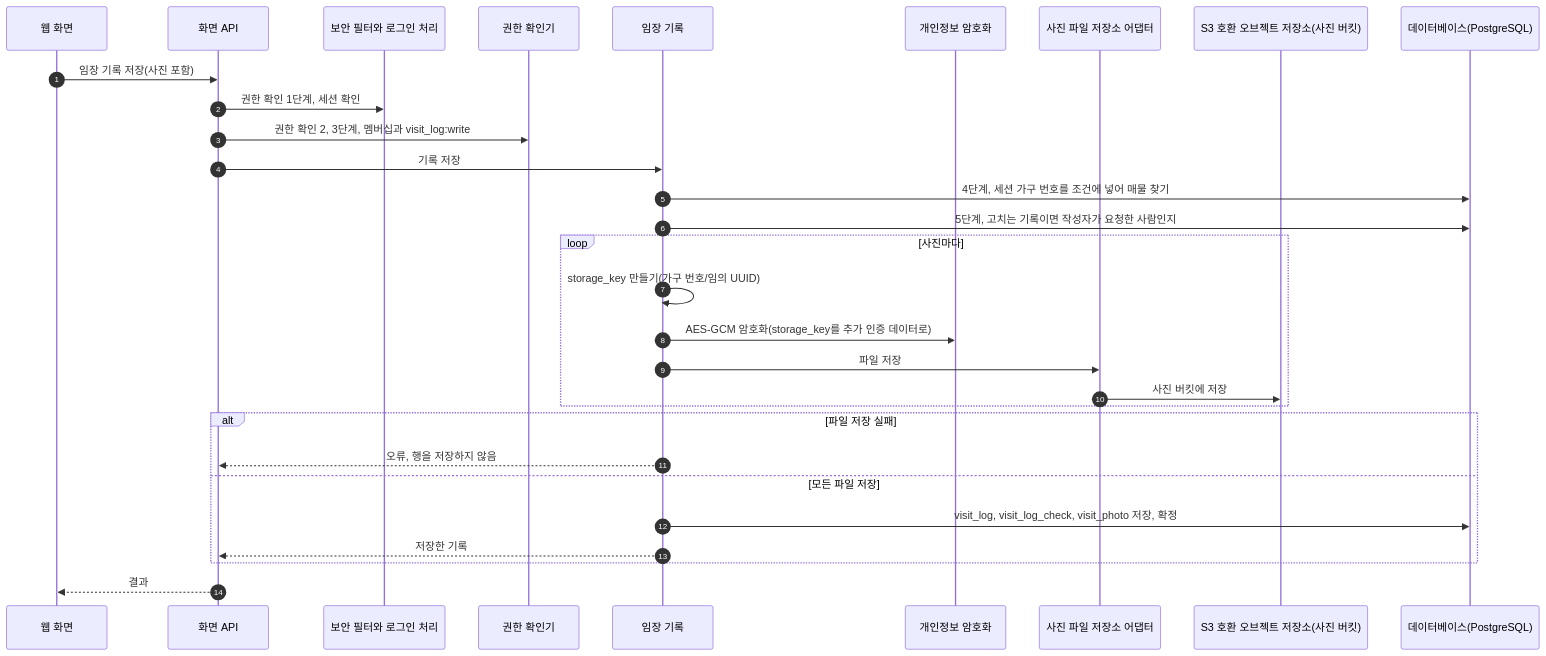
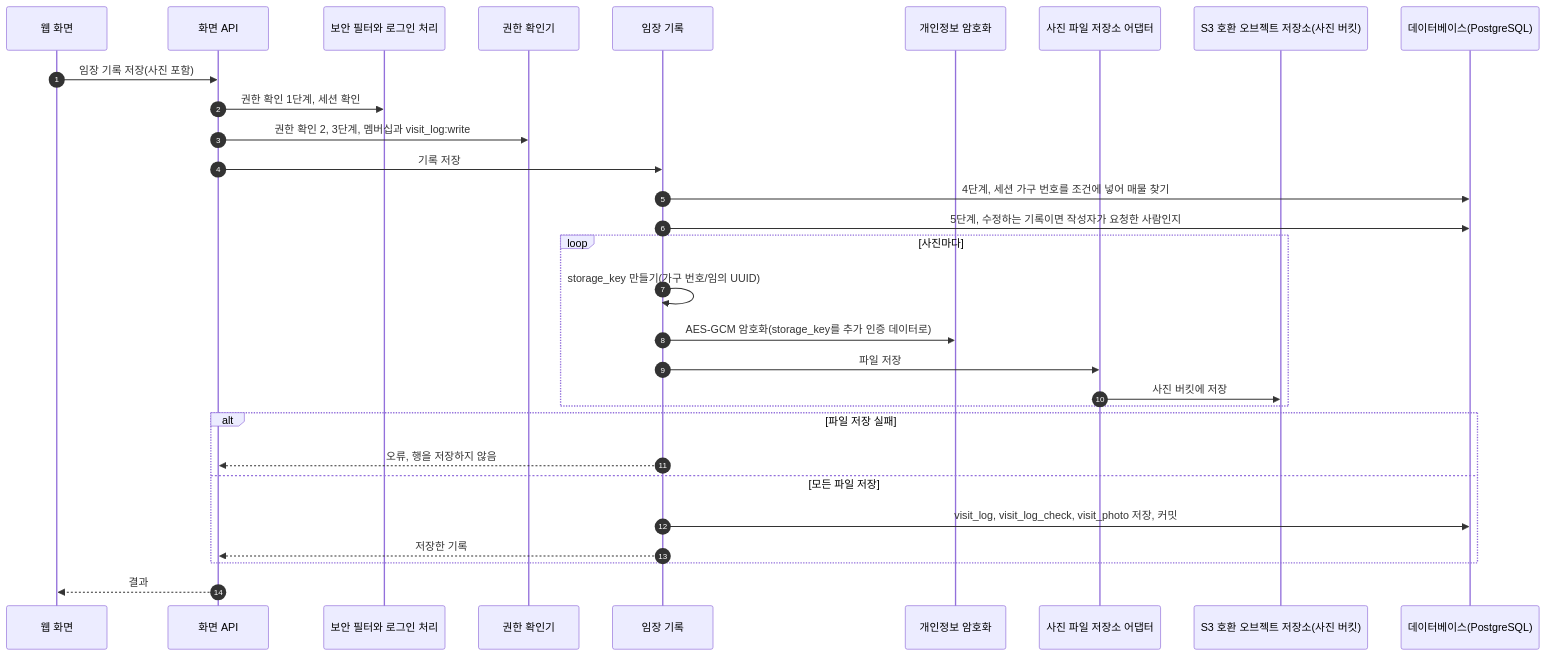
Before and after one commit to Park-Seung-Hun/real-estate: the sixth of 12 diagrams in docs/architecture/flows.md, drawn with Mermaid. The commit also changed other lines of this file and 22 other files, not shown here.

````diff
--- a/docs/architecture/flows.md
+++ b/docs/architecture/flows.md
@@ -328,33 +336,33 @@
 ```mermaid
 sequenceDiagram
   autonumber
   participant web as 웹 화면
   participant api as 화면 API
   participant sec as 보안 필터와 로그인 처리
   participant authz as 권한 확인기
   participant visit as 임장 기록
   participant crypto as 개인정보 암호화
   participant photoAd as 사진 파일 저장소 어댑터
   participant s3 as S3 호환 오브젝트 저장소(사진 버킷)
   participant db as 데이터베이스(PostgreSQL)
 
   web->>api: 임장 기록 저장(사진 포함)
   api->>sec: 권한 확인 1단계, 세션 확인
   api->>authz: 권한 확인 2, 3단계, 멤버십과 visit_log:write
   api->>visit: 기록 저장
   visit->>db: 4단계, 세션 가구 번호를 조건에 넣어 매물 찾기
-  visit->>db: 5단계, 고치는 기록이면 작성자가 요청한 사람인지
+  visit->>db: 5단계, 수정하는 기록이면 작성자가 요청한 사람인지
   loop 사진마다
     visit->>visit: storage_key 만들기(가구 번호/임의 UUID)
     visit->>crypto: AES-GCM 암호화(storage_key를 추가 인증 데이터로)
     visit->>photoAd: 파일 저장
     photoAd->>s3: 사진 버킷에 저장
   end
   alt 파일 저장 실패
     visit-->>api: 오류, 행을 저장하지 않음
   else 모든 파일 저장
-    visit->>db: visit_log, visit_log_check, visit_photo 저장, 확정
+    visit->>db: visit_log, visit_log_check, visit_photo 저장, 커밋
     visit-->>api: 저장한 기록
   end
   api-->>web: 결과
 ```
````
